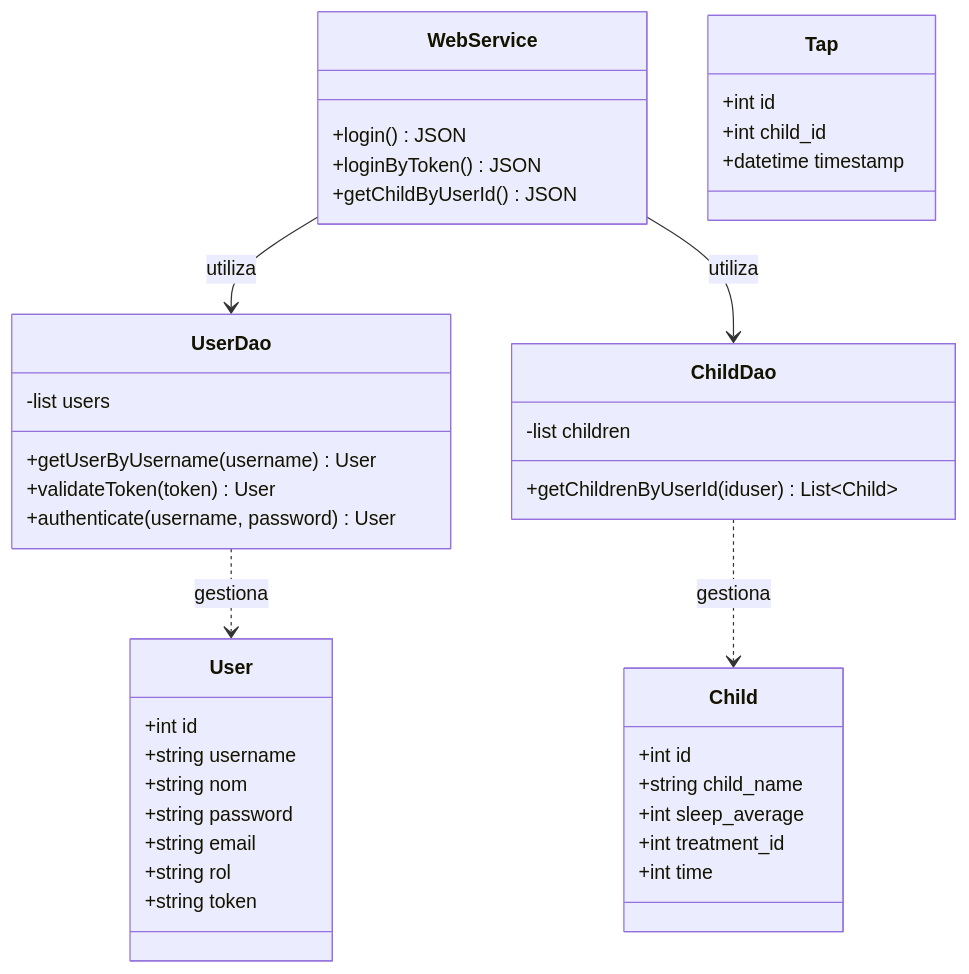
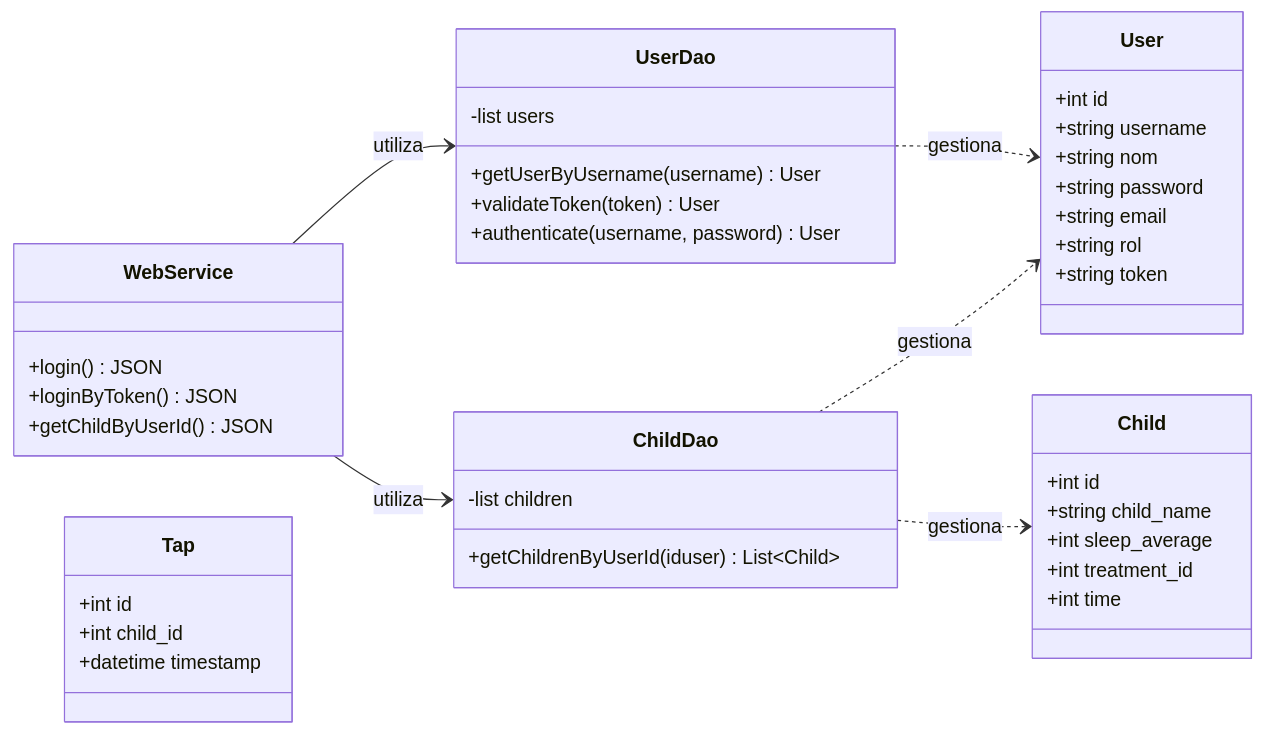
The diagram in charts/diagramaPrototip2.mermaid (klyvo/ENTORNOSDEDESARROLLO), drawn with Mermaid before and after one commit.

Commit message:
Refactor class diagram for consistency and clarity

```diff
--- a/charts/diagramaPrototip2.mermaid
+++ b/charts/diagramaPrototip2.mermaid
@@ -1,47 +1,49 @@
 classDiagram
+direction LR
     class WebService {
-        +login() JSON
-        +loginByToken() JSON
-        +getChildByUserId() JSON
+	    +login() JSON
+	    +loginByToken() JSON
+	    +getChildByUserId() JSON
     }
 
     class User {
-        +int id
-        +string username
-        +string nom
-        +string password
-        +string email
-        +string rol
-        +string token
+	    +int id
+	    +string username
+	    +string nom
+	    +string password
+	    +string email
+	    +string rol
+	    +string token
     }
 
     class Child {
-        +int id
-        +string child_name
-        +int sleep_average
-        +int treatment_id
-        +int time
+	    +int id
+	    +string child_name
+	    +int sleep_average
+	    +int treatment_id
+	    +int time
     }
 
     class Tap {
-        +int id
-        +int child_id
-        +datetime timestamp
+	    +int id
+	    +int child_id
+	    +datetime timestamp
     }
 
     class UserDao {
-        -list users
-        +getUserByUsername(username) User
-        +validateToken(token) User
-        +authenticate(username, password) User
+	    -list users
+	    +getUserByUsername(username) User
+	    +validateToken(token) User
+	    +authenticate(username, password) User
     }
 
     class ChildDao {
-        -list children
-        +getChildrenByUserId(iduser) List~Child~
+	    -list children
+	    +getChildrenByUserId(iduser) List~Child~
     }
 
     WebService --> UserDao : utiliza
     WebService --> ChildDao : utiliza
     UserDao ..> User : gestiona
     ChildDao ..> Child : gestiona
+    ChildDao ..> User : gestiona
```
